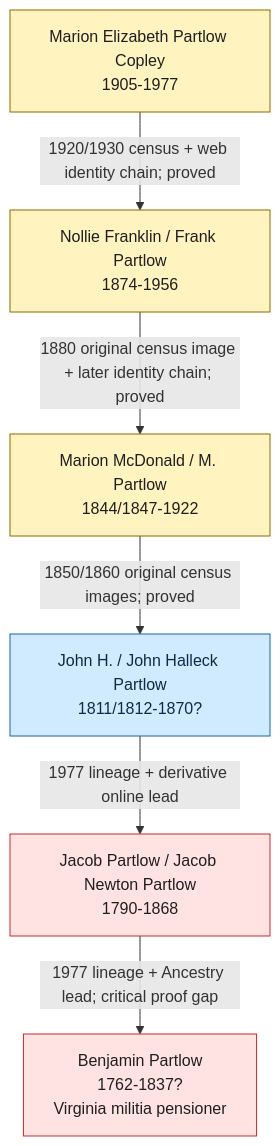
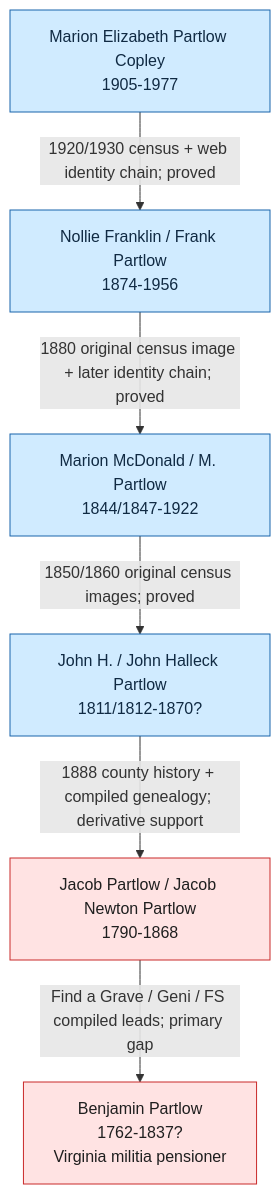
Before and after one commit to zcopley/copley-family-research: the first of 2 diagrams in RQ-P1-PARTLOW-REVOLUTIONARY-LINE.md, drawn with Mermaid. The commit also changed other lines of this file and 12 other files, not shown here.

````diff
--- a/RQ-P1-PARTLOW-REVOLUTIONARY-LINE.md
+++ b/RQ-P1-PARTLOW-REVOLUTIONARY-LINE.md
@@ -39,23 +39,22 @@
 ```mermaid
 graph TD
     ME["Marion Elizabeth Partlow Copley<br/>1905-1977"]
     NF["Nollie Franklin / Frank Partlow<br/>1874-1956"]
     MM["Marion McDonald / M. Partlow<br/>1844/1847-1922"]
     JH["John H. / John Halleck Partlow<br/>1811/1812-1870?"]
     JP["Jacob Partlow / Jacob Newton Partlow<br/>1790-1868"]
     BP["Benjamin Partlow<br/>1762-1837?<br/>Virginia militia pensioner"]
 
     ME -->|"1920/1930 census + web identity chain; proved"| NF
     NF -->|"1880 original census image + later identity chain; proved"| MM
     MM -->|"1850/1860 original census images; proved"| JH
-    JH -->|"1977 lineage + derivative online lead"| JP
-    JP -->|"1977 lineage + Ancestry lead; critical proof gap"| BP
+    JH -->|"1888 county history + compiled genealogy; derivative support"| JP
+    JP -->|"Find a Grave / Geni / FS compiled leads; primary gap"| BP
 
-    class ME,NF,MM familySource
-    class JH censusLead
+    class ME,NF,MM,JH censusLead
     class JP,BP proofGap
 
     classDef familySource fill:#fff3bf,stroke:#8a6d00,color:#1f1f1f;
     classDef censusLead fill:#d0ebff,stroke:#1864ab,color:#102a43;
     classDef proofGap fill:#ffe3e3,stroke:#c92a2a,color:#1f1f1f;
 ```
````
